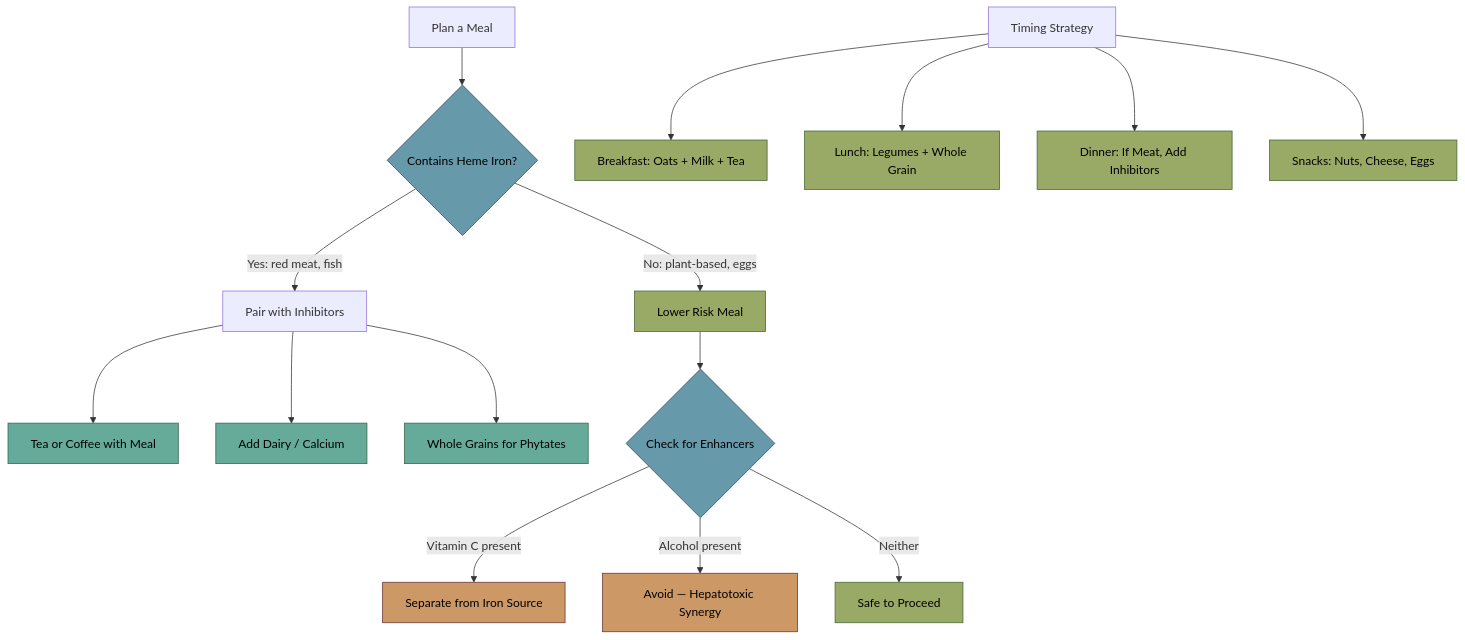
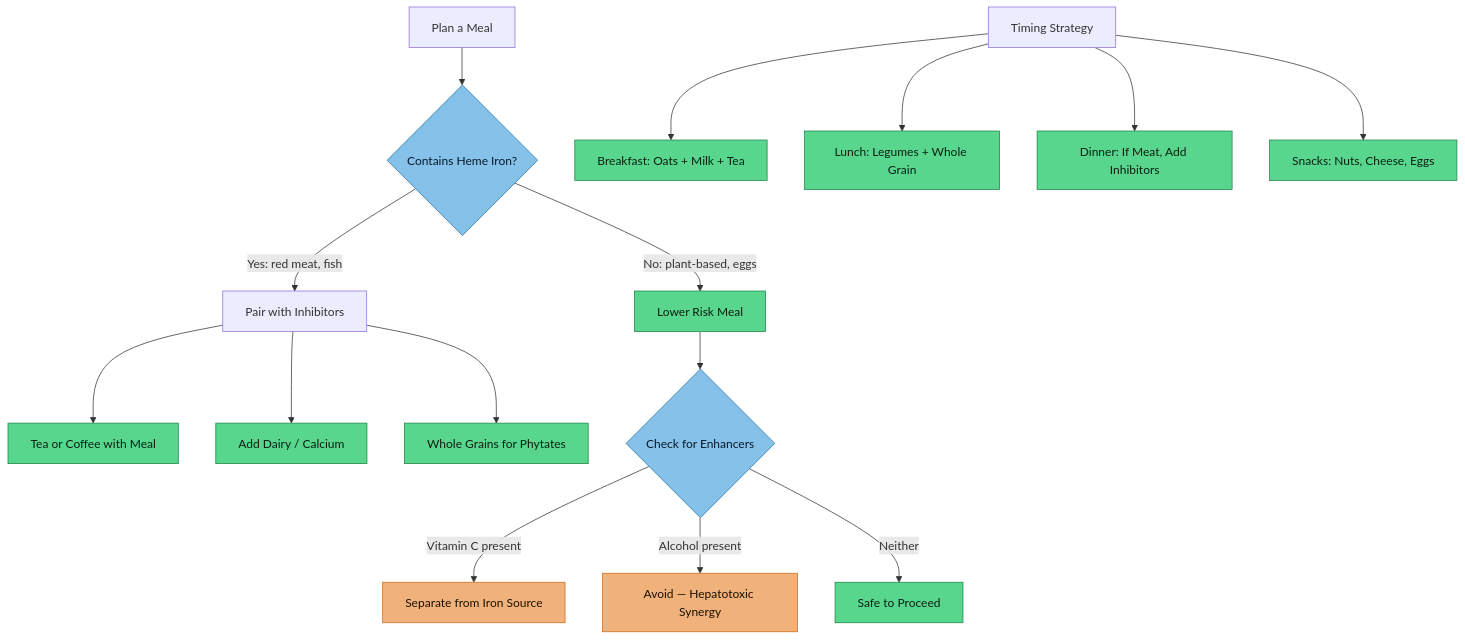
One commit to Aegis-commits/ag-hfe-adhd-asd-research changed the diagram in diet-management/Dietary Management - Iron Overload.md. Above: the diagram before and after it, drawn with Mermaid. The commit also changed 39 other files, not shown here.

First line of the commit message:
docs(vault): standardise diagram colours for light-mode readability, add MOC quick nav

````diff
--- a/diet-management/Dietary Management - Iron Overload.md
+++ b/diet-management/Dietary Management - Iron Overload.md
@@ -36,30 +36,30 @@
 ```mermaid
 flowchart TD
     A[Plan a Meal] --> B{Contains Heme Iron?}
     B -->|Yes: red meat, fish| C[Pair with Inhibitors]
     B -->|No: plant-based, eggs| D[Lower Risk Meal]
 
     C --> E[Tea or Coffee with Meal]
     C --> F[Add Dairy / Calcium]
     C --> G[Whole Grains for Phytates]
 
     D --> H{Check for Enhancers}
     H -->|Vitamin C present| I[Separate from Iron Source]
     H -->|Alcohol present| J[Avoid — Hepatotoxic Synergy]
     H -->|Neither| K[Safe to Proceed]
 
     L[Timing Strategy] --> M[Breakfast: Oats + Milk + Tea]
     L --> N[Lunch: Legumes + Whole Grain]
     L --> O[Dinner: If Meat, Add Inhibitors]
     L --> P[Snacks: Nuts, Cheese, Eggs]
 
-    classDef inhibitor fill:#6a9,stroke:#364,color:#000
-    classDef enhancer fill:#c96,stroke:#633,color:#000
-    classDef decision fill:#69a,stroke:#346,color:#000
-    classDef safe fill:#9a6,stroke:#463,color:#000
+    classDef inhibitor fill:#58d68d,stroke:#1e8449,color:#0a1f12
+    classDef enhancer fill:#f0b27a,stroke:#ca6f1e,color:#1a1000
+    classDef decision fill:#85c1e9,stroke:#2471a3,color:#0a1929
+    classDef safe fill:#58d68d,stroke:#1e8449,color:#0a1f12
 
     class E,F,G inhibitor
     class I,J enhancer
     class B,H decision
     class K,D,M,N,O,P safe
 ```
````
